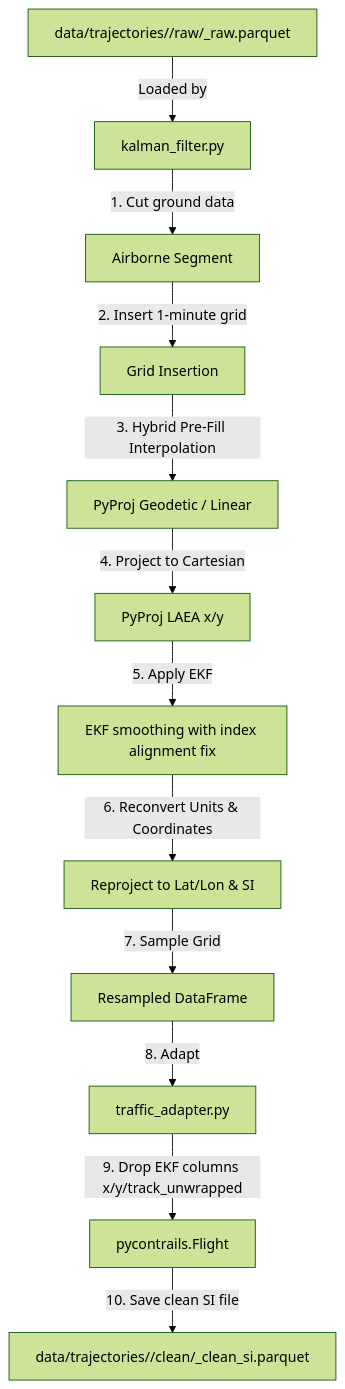
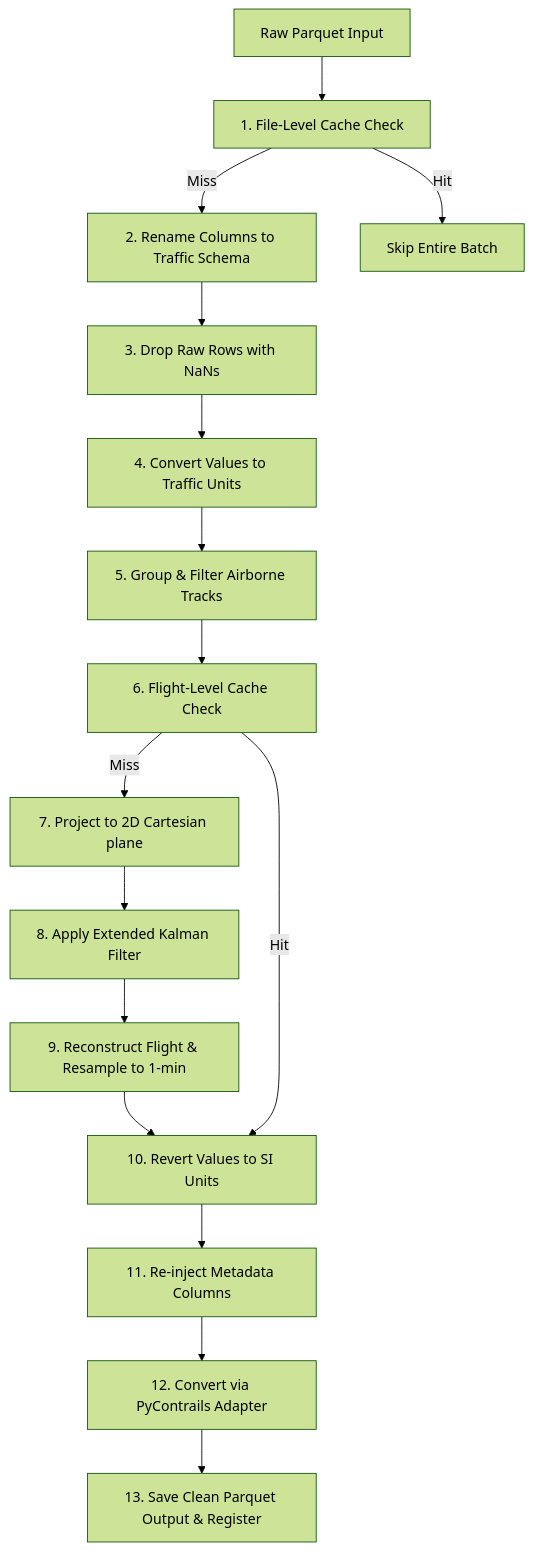
One commit to Bauzement123/flight-physics-pipeline changed the diagram in src/processing/README.md. Above: the diagram before and after it, drawn with Mermaid (forest theme). The commit also changed other lines of this file and 3 other files, not shown here.

Commit message:
feat(processing): implement flight-level EKF cache checking and consolidate documentation

````diff
--- a/src/processing/README.md
+++ b/src/processing/README.md
@@ -52,14 +21,18 @@
 ```mermaid
 graph TD
-    A[data/trajectories/<dataset_name>/raw/<route>_raw.parquet] -->|Loaded by| B[kalman_filter.py]
-    B -->|1. Cut ground data| C[Airborne Segment]
-    C -->|2. Insert 1-minute grid| D[Grid Insertion]
-    D -->|3. Hybrid Pre-Fill Interpolation| E[PyProj Geodetic / Linear]
-    E -->|4. Project to Cartesian| F[PyProj LAEA x/y]
-    F -->|5. Apply EKF| G[EKF smoothing with index alignment fix]
-    G -->|6. Reconvert Units & Coordinates| H[Reproject to Lat/Lon & SI]
-    H -->|7. Sample Grid| I[Resampled DataFrame]
-    I -->|8. Adapt| J[traffic_adapter.py]
-    J -->|9. Drop EKF columns x/y/track_unwrapped| K[pycontrails.Flight]
-    K -->|10. Save clean SI file| L[data/trajectories/<dataset_name>/clean/<route>_clean_si.parquet]
+    A[Raw Parquet Input] --> B[1. File-Level Cache Check]
+    B -->|Miss| C[2. Rename Columns to Traffic Schema]
+    B -->|Hit| O[Skip Entire Batch]
+    C --> D[3. Drop Raw Rows with NaNs]
+    D --> E[4. Convert Values to Traffic Units]
+    E --> F[5. Group & Filter Airborne Tracks]
+    F --> G[6. Flight-Level Cache Check]
+    G -->|Miss| H[7. Project to 2D Cartesian plane]
+    H --> I[8. Apply Extended Kalman Filter]
+    I --> J[9. Reconstruct Flight & Resample to 1-min]
+    J --> K[10. Revert Values to SI Units]
+    G -->|Hit| K
+    K --> L[11. Re-inject Metadata Columns]
+    L --> M[12. Convert via PyContrails Adapter]
+    M --> N[13. Save Clean Parquet Output & Register]
 ```
````
